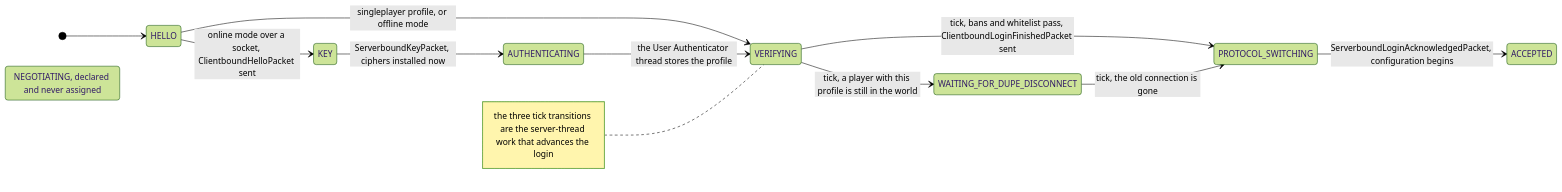
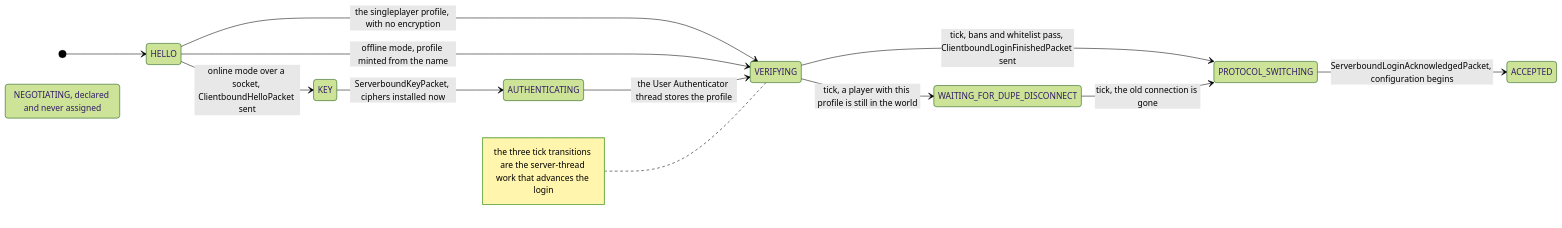
The second of 4 diagrams in src/systems/networking/protocol-phases.md (AlexanderjFraser/MinecraftDocs), drawn with Mermaid (forest theme) before and after one commit. The commit also changed other lines of this file and 12 other files, not shown here.

````diff
--- a/src/systems/networking/protocol-phases.md
+++ b/src/systems/networking/protocol-phases.md
@@ -133,15 +142,16 @@
 ```mermaid
 stateDiagram-v2
     direction LR
     [*] --> HELLO
     HELLO --> KEY : online mode over a socket, ClientboundHelloPacket sent
-    HELLO --> VERIFYING : singleplayer profile, or offline mode
+    HELLO --> VERIFYING : the singleplayer profile, with no encryption
+    HELLO --> VERIFYING : offline mode, profile minted from the name
     KEY --> AUTHENTICATING : ServerboundKeyPacket, ciphers installed now
     AUTHENTICATING --> VERIFYING : the User Authenticator thread stores the profile
     VERIFYING --> WAITING_FOR_DUPE_DISCONNECT : tick, a player with this profile is still in the world
     VERIFYING --> PROTOCOL_SWITCHING : tick, bans and whitelist pass, ClientboundLoginFinishedPacket sent
     WAITING_FOR_DUPE_DISCONNECT --> PROTOCOL_SWITCHING : tick, the old connection is gone
     PROTOCOL_SWITCHING --> ACCEPTED : ServerboundLoginAcknowledgedPacket, configuration begins
     NEGOTIATING : NEGOTIATING, declared and never assigned
     note left of VERIFYING : the three tick transitions are the server-thread work that advances the login
 ```
````
